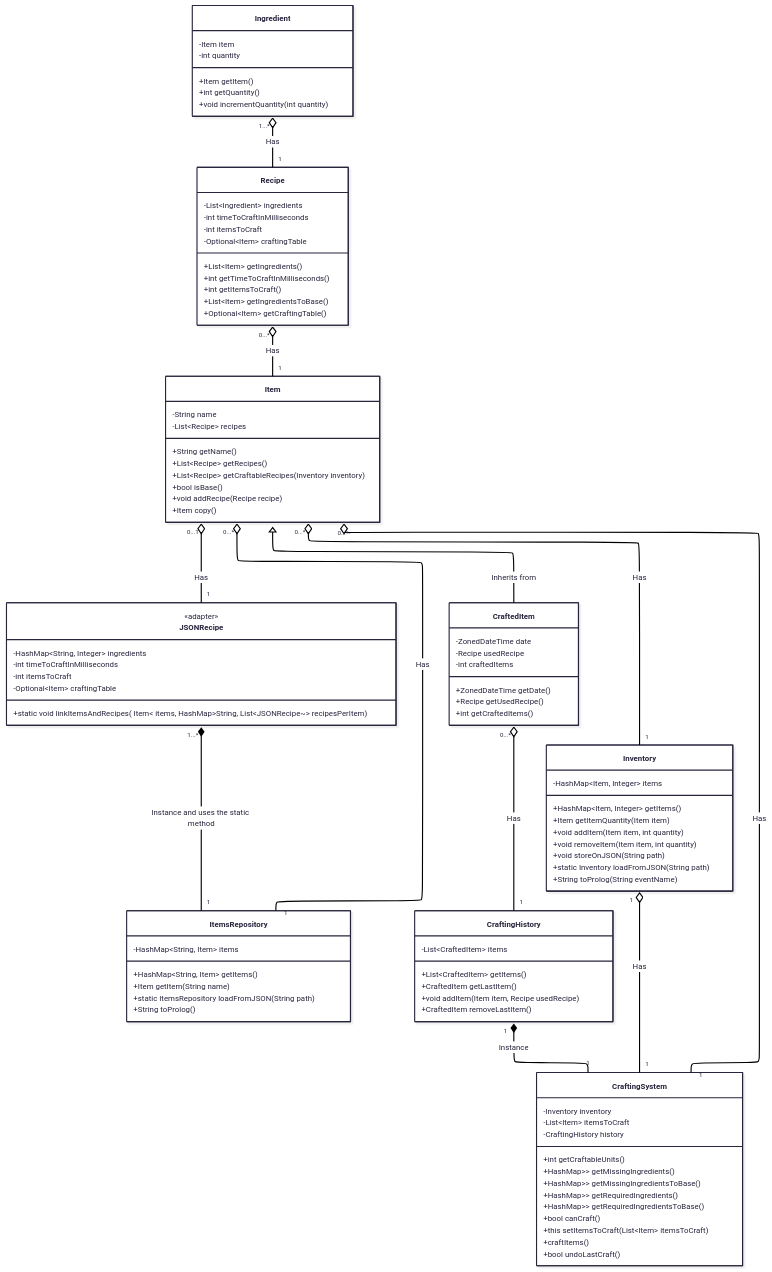
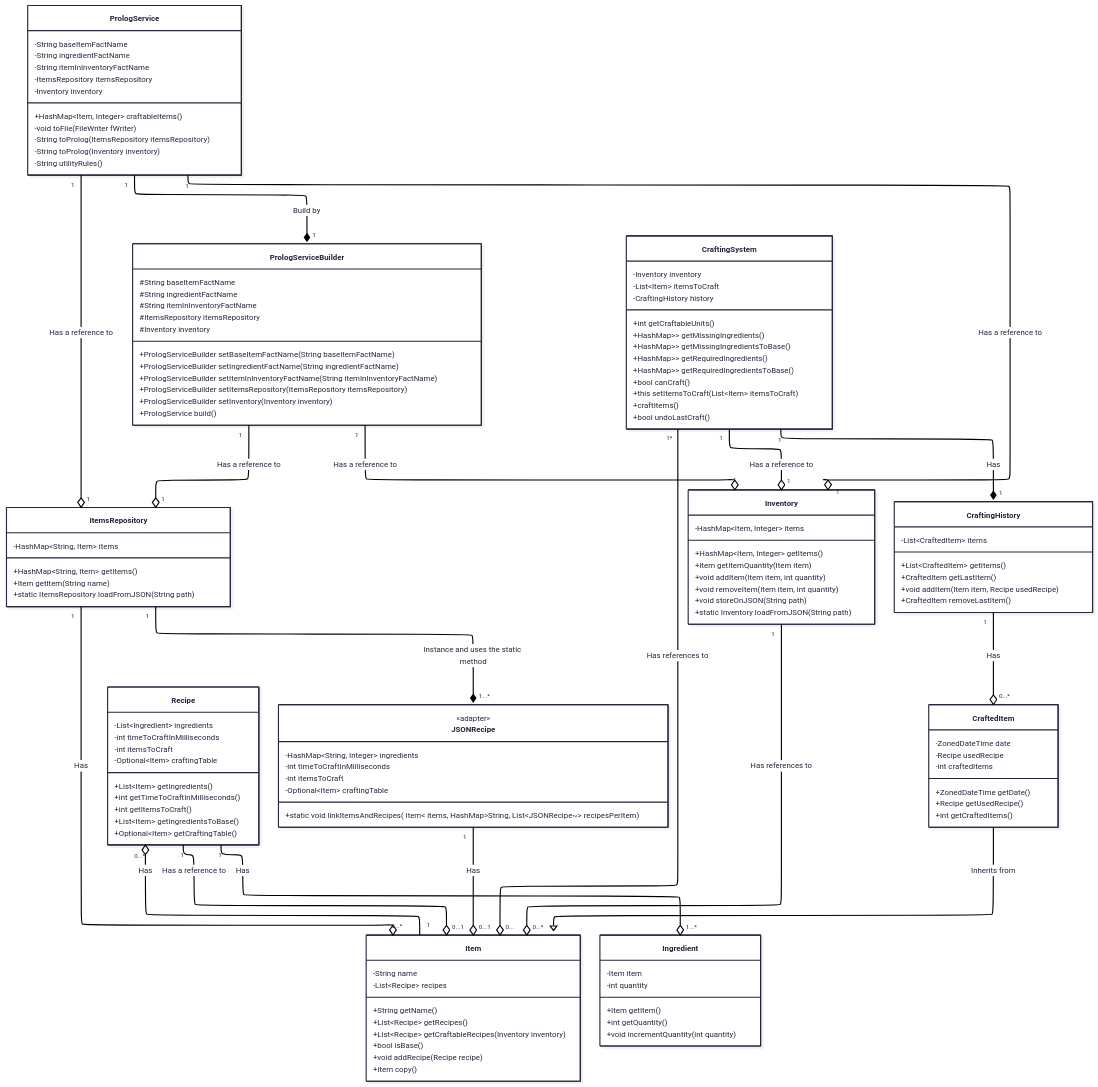
Before and after one commit to hozlucas28/Java-Practical-Work-2025: the first of 2 diagrams in README.md, drawn with Mermaid.

Commit message:
doc: update class diagram

````diff
--- a/README.md
+++ b/README.md
@@ -110,7 +110,35 @@
 	    +HashMap~String, Item~ getItems()
 	    +Item getItem(String name)
         +static ItemsRepository loadFromJSON(String path)
-        +String toProlog()
+    }
+
+    class PrologService {
+	    -String baseItemFactName
+	    -String ingredientFactName
+	    -String itemInInventoryFactName
+	    -ItemsRepository itemsRepository
+	    -Inventory inventory
+
+        +HashMap~Item, Integer~ craftableItems()
+        -void toFile(FileWriter fWriter)
+        -String toProlog(ItemsRepository itemsRepository)
+        -String toProlog(Inventory inventory)
+        -String utilityRules()
+    }
+
+    class PrologServiceBuilder {
+	    #String baseItemFactName
+	    #String ingredientFactName
+	    #String itemInInventoryFactName
+	    #ItemsRepository itemsRepository
+	    #Inventory inventory
+
+        +PrologServiceBuilder setBaseItemFactName(String baseItemFactName)
+        +PrologServiceBuilder setIngredientFactName(String ingredientFactName)
+        +PrologServiceBuilder setItemInInventoryFactName(String itemInInventoryFactName)
+        +PrologServiceBuilder setItemsRepository(ItemsRepository itemsRepository)
+        +PrologServiceBuilder setInventory(Inventory inventory)
+        +PrologService build()
     }
 
     class Item {
@@ -149,6 +177,16 @@
 	    +static void linkItemsAndRecipes(HashMap~String, Item~ items, HashMap~String, List~JSONRecipe~~ recipesPerItem)
     }
 
+    class CraftedItem {
+	    -ZonedDateTime date
+	    -Recipe usedRecipe
+	    -int craftedItems
+
+	    +ZonedDateTime getDate()
+	    +Recipe getUsedRecipe()
+	    +int getCraftedItems()
+    }
+
     class Inventory {
         -HashMap~Item, Integer~ items
 
@@ -158,17 +196,6 @@
 	    +void removeItem(Item item, int quantity)
         +void storeOnJSON(String path)
         +static Inventory loadFromJSON(String path)
-        +String toProlog(String eventName)
-    }
-
-    class CraftedItem {
-	    -ZonedDateTime date
-	    -Recipe usedRecipe
-	    -int craftedItems
-
-	    +ZonedDateTime getDate()
-	    +Recipe getUsedRecipe()
-	    +int getCraftedItems()
     }
 
     class Ingredient {
@@ -205,22 +232,30 @@
 	    +CraftedItem removeLastItem()
     }
 
-    Item "0...*" o-- "1" ItemsRepository : Has
-    JSONRecipe "1...*" *-- "1" ItemsRepository : Instance and uses the static method
+    ItemsRepository "1" --o "0...*" Item : Has
+    ItemsRepository "1" --* "1...*" JSONRecipe : Instance and uses the static method
 
-    Recipe "0...*" o-- "1" Item : Has
+    PrologService "1" --o "1" Inventory : Has a reference to
+    PrologService "1" --o "1" ItemsRepository : Has a reference to
+    PrologService "1" --* "1" PrologServiceBuilder : Build by
 
-    Item "0...*" o-- "1" Inventory : Has
+    PrologServiceBuilder "1" --o "1" Inventory : Has a reference to
+    PrologServiceBuilder "1" --o "1" ItemsRepository : Has a reference to
 
-    Item <|-- CraftedItem : Inherits from
+    Item "1" --o "0...*" Recipe : Has
 
-    Ingredient "1...*" o-- "1" Recipe : Has
+    Recipe "1" --o "1...*" Ingredient : Has
+    Recipe "1" --o "0...1" Item : Has a reference to
 
-    Item "0...1" o-- "1" JSONRecipe : Has
+    JSONRecipe "1" --o "0...1" Item : Has
 
-    Item "0...*" o-- "1" CraftingSystem : Has
-    Inventory "1" o-- "1" CraftingSystem : Has
-    CraftingHistory "1" *-- "1" CraftingSystem : Instance
+    CraftedItem --|>  Item : Inherits from
 
-    CraftedItem "0...*" o-- "1" CraftingHistory : Has
+    Inventory "1" --o "0...*" Item : Has references to
+
+    CraftingSystem "1*" --o "0..." Item : Has references to
+    CraftingSystem "1" --o "1" Inventory : Has a reference to
+    CraftingSystem "1" --* "1" CraftingHistory : Has
+
+    CraftingHistory "1" --o "0...*" CraftedItem : Has
 ```
````
